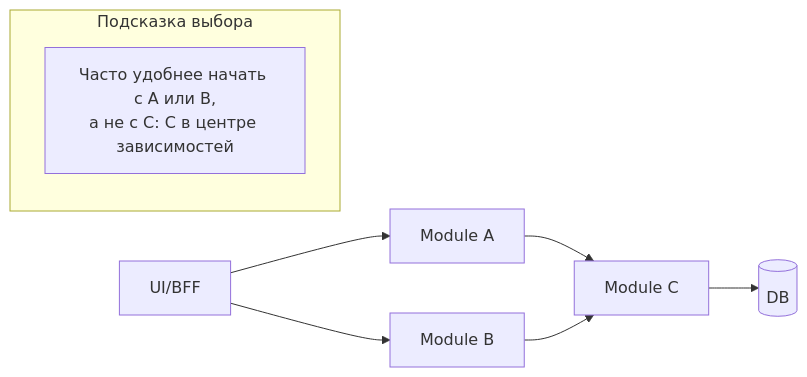
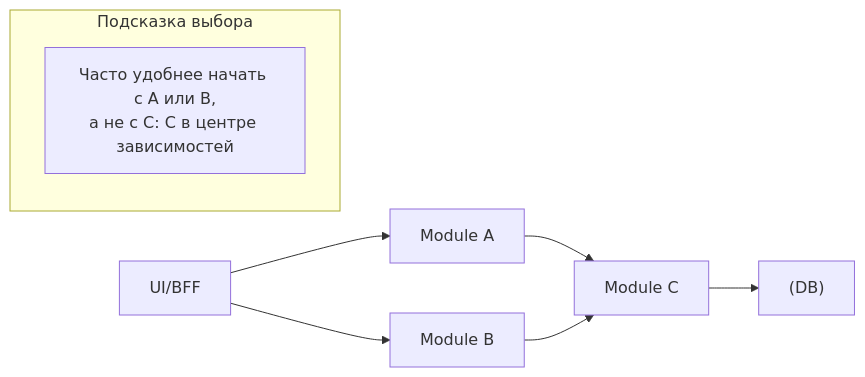
Before and after one commit to DDoSKudya/ai-study-atlas: the fourth of 6 diagrams in directions/architecture/pact/32_evolyutsiya_arkhitektury_migratsii_adr_c4/01_32_1_strategii_migratsii.md, drawn with Mermaid. The commit also changed other lines of this file and 322 other files, not shown here.

Commit message:
fix(docs): make mermaid diagrams GitHub-compatible across directions content

````diff
--- a/directions/architecture/pact/32_evolyutsiya_arkhitektury_migratsii_adr_c4/01_32_1_strategii_migratsii.md
+++ b/directions/architecture/pact/32_evolyutsiya_arkhitektury_migratsii_adr_c4/01_32_1_strategii_migratsii.md
@@ -473,12 +473,12 @@
 ```mermaid
 flowchart LR
-  UI[UI/BFF] --> A[Module A]
-  UI --> B[Module B]
-  A --> C[Module C]
+  UI["UI/BFF"] --> A["Module A"]
+  UI --> B["Module B"]
+  A --> C["Module C"]
   B --> C
-  C --> D[(DB)]
+  C --> D["(DB)"]
 
-  subgraph Hint[Подсказка выбора]
-    X[Часто удобнее начать с A или B,\nа не с C: C в центре зависимостей]
+  subgraph Hint["Подсказка выбора"]
+    X["Часто удобнее начать с A или B,\nа не с C: C в центре зависимостей"]
   end
 ```
````
